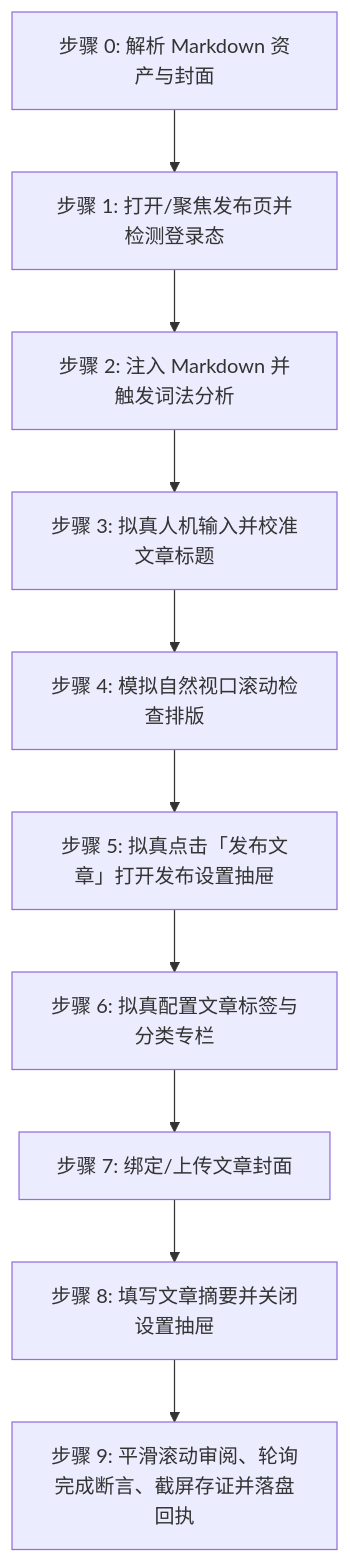
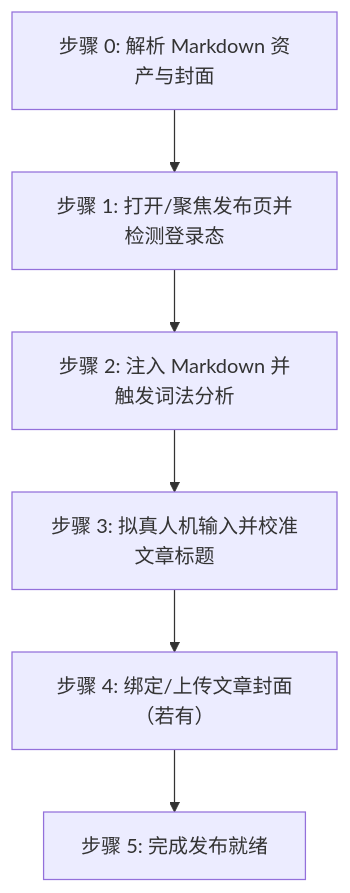
Before and after one commit to undsky/doudou-publish-skills: the diagram in skills/doudou-csdn/SKILL.md, drawn with Mermaid. The commit also changed other lines of this file and 57 other files, not shown here.

````diff
--- a/skills/doudou-csdn/SKILL.md
+++ b/skills/doudou-csdn/SKILL.md
@@ -123,12 +12,8 @@
 ```mermaid
 flowchart TD
     S0[步骤 0: 解析 Markdown 资产与封面] --> S1[步骤 1: 打开/聚焦发布页并检测登录态]
     S1 --> S2[步骤 2: 注入 Markdown 并触发词法分析]
     S2 --> S3[步骤 3: 拟真人机输入并校准文章标题]
-    S3 --> S4[步骤 4: 模拟自然视口滚动检查排版]
-    S4 --> S5[步骤 5: 拟真点击「发布文章」打开发布设置抽屉]
-    S5 --> S6[步骤 6: 拟真配置文章标签与分类专栏]
-    S6 --> S7[步骤 7: 绑定/上传文章封面]
-    S7 --> S8[步骤 8: 填写文章摘要并关闭设置抽屉]
-    S8 --> S9[步骤 9: 平滑滚动审阅、轮询完成断言、截屏存证并落盘回执]
+    S3 --> S4[步骤 4: 绑定/上传文章封面（若有）]
+    S4 --> S5[步骤 5: 完成发布就绪]
 ```
````
